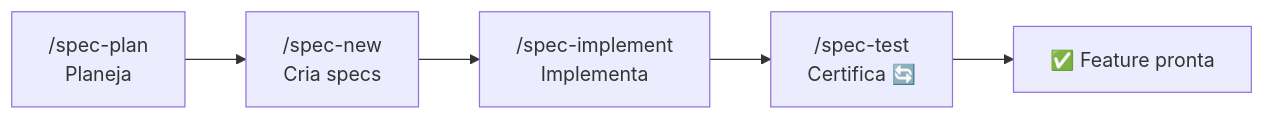
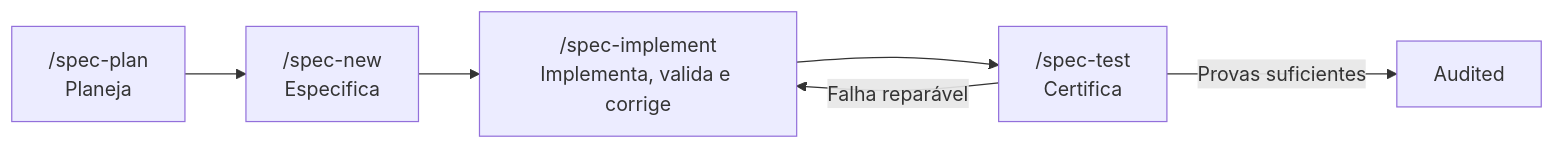
One commit to Carlos-Florenzano/dscode-public-linux-adaptacoes changed the diagram in README.md. Above: the diagram before and after it, drawn with Mermaid. The commit also changed other lines of this file, not shown here.

````diff
--- a/README.md
+++ b/README.md
@@ -33,7 +33,8 @@
 ```mermaid
 flowchart LR
-    P["/spec-plan<br/>Planeja"] --> N["/spec-new<br/>Cria specs"]
-    N --> I["/spec-implement<br/>Implementa"]
-    I --> T["/spec-test<br/>Certifica 🔄"]
-    T --> D[✅ Feature pronta]
+    P["/spec-plan<br/>Planeja"] --> N["/spec-new<br/>Especifica"]
+    N --> I["/spec-implement<br/>Implementa, valida e corrige"]
+    I --> T["/spec-test<br/>Certifica"]
+    T -- "Falha reparável" --> I
+    T -- "Provas suficientes" --> D["Audited"]
 ```
````
